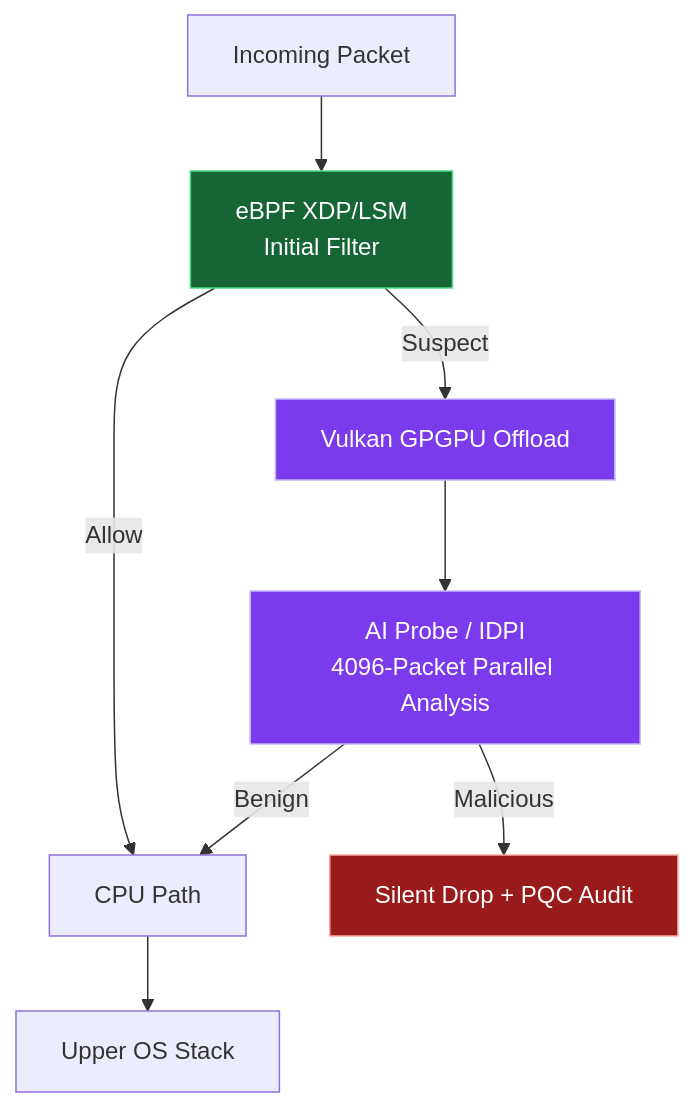
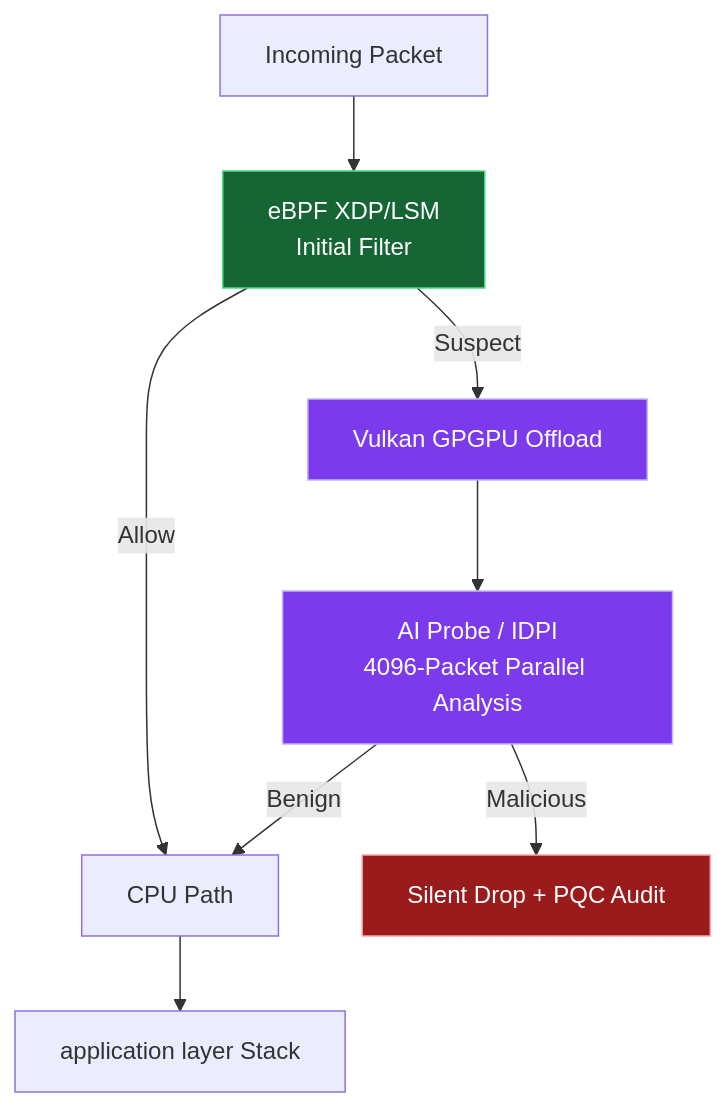
One commit to elementary-particles-Man/TUFF-OS-ISO changed the fifth of 5 diagrams in MANUALS/TUFF-OS_Security_Implementation_Overview_Diagram.md. Above: the diagram before and after it, drawn with Mermaid. The commit also changed 41 other files, not shown here.

Commit message:
DOCS: Comprehensive overhaul of manuals to reflect Pure Rust Bare-metal Sovereign Core and ZRAM architecture.

````diff
--- a/MANUALS/TUFF-OS_Security_Implementation_Overview_Diagram.md
+++ b/MANUALS/TUFF-OS_Security_Implementation_Overview_Diagram.md
@@ -117,18 +117,18 @@
 ```mermaid
 flowchart TD
     A[Incoming Packet] --> B[eBPF XDP/LSM<br>Initial Filter]
     B -->|Allow| C[CPU Path]
     B -->|Suspect| D[Vulkan GPGPU Offload]
     D --> E[AI Probe / IDPI<br>4096-Packet Parallel Analysis]
     E -->|Malicious| F[Silent Drop + PQC Audit]
     E -->|Benign| C
-    C --> G[Upper OS Stack]
+    C --> G[application layer Stack]
 
     classDef fast fill:#166534,stroke:#4ade80,color:#fff
     classDef heavy fill:#991b1b,stroke:#fca5a5,color:#fff
     classDef gpu fill:#7c3aed,stroke:#c4b5fd,color:#fff
 
     class B fast
     class D,E gpu
     class F heavy
 ```
````
